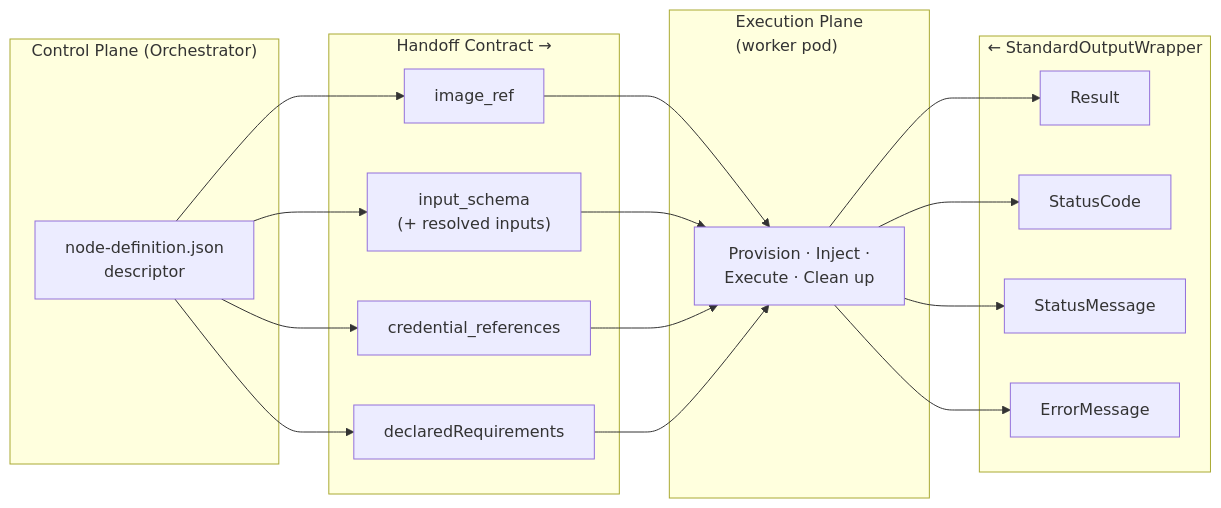
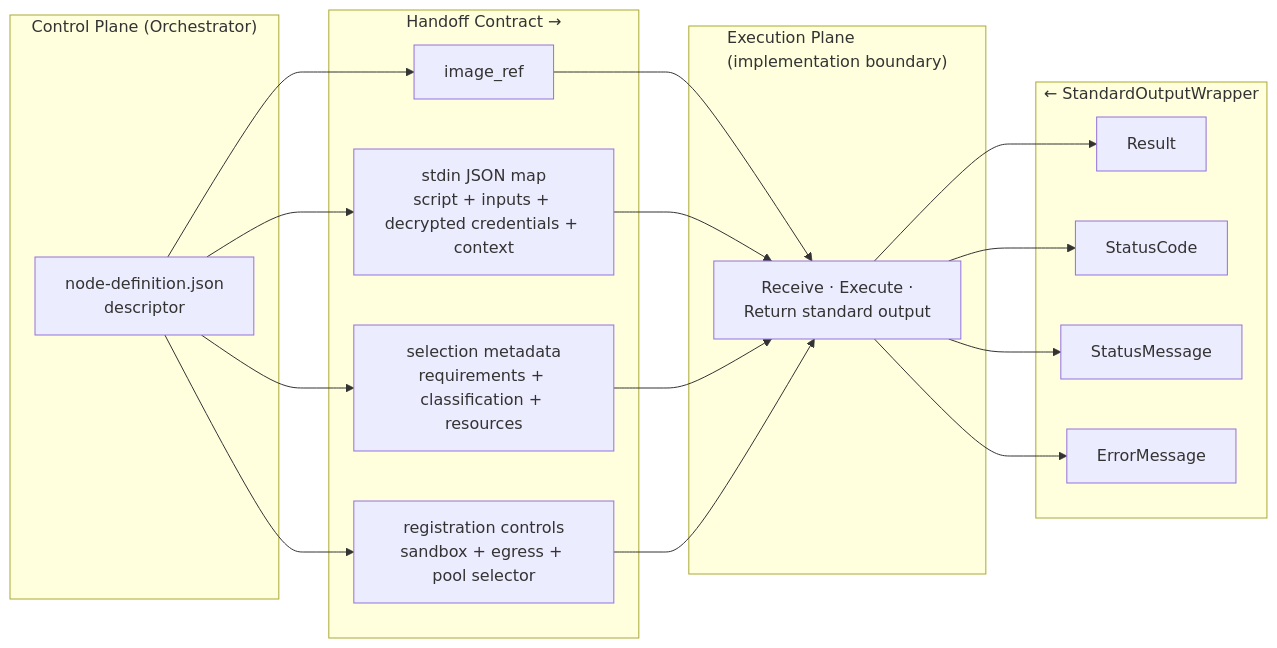
The fourth of 5 diagrams in docs/architecture.md (syntara-orchestration/syntara-node-sdk), drawn with Mermaid before and after one commit. The commit also changed other lines of this file and 15 other files, not shown here.

Commit message:
Update architecture docs and add OCI registry support

````diff
--- a/docs/architecture.md
+++ b/docs/architecture.md
@@ -415,33 +451,33 @@
 ```mermaid
 graph LR
     subgraph CONTROL["Control Plane (Orchestrator)"]
         DESC["node-definition.json<br/>descriptor"]
     end
 
     subgraph CONTRACT["Handoff Contract →"]
         C1["image_ref"]
-        C2["input_schema<br/>(+ resolved inputs)"]
-        C3["credential_references"]
-        C4["declaredRequirements"]
+        C2["stdin JSON map<br/>script + inputs + decrypted credentials + context"]
+        C3["selection metadata<br/>requirements + classification + resources"]
+        C4["registration controls<br/>sandbox + egress + pool selector"]
     end
 
-    subgraph PLANE["Execution Plane<br/>(worker pod)"]
-        BB["Provision · Inject ·<br/>Execute · Clean up"]
+    subgraph PLANE["Execution Plane<br/>(implementation boundary)"]
+        BB["Receive · Execute ·<br/>Return standard output"]
     end
 
     subgraph RETURN["← StandardOutputWrapper"]
         R1["Result"]
         R2["StatusCode"]
         R3["StatusMessage"]
         R4["ErrorMessage"]
     end
 
     DESC --> C1 --> BB
     DESC --> C2 --> BB
     DESC --> C3 --> BB
     DESC --> C4 --> BB
     BB --> R1
     BB --> R2
     BB --> R3
     BB --> R4
 ```
````
